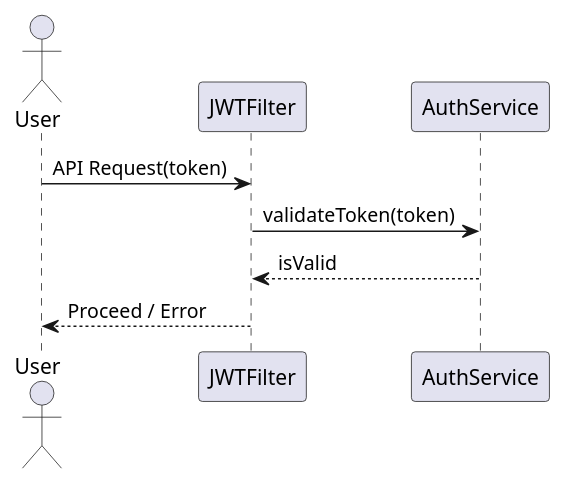
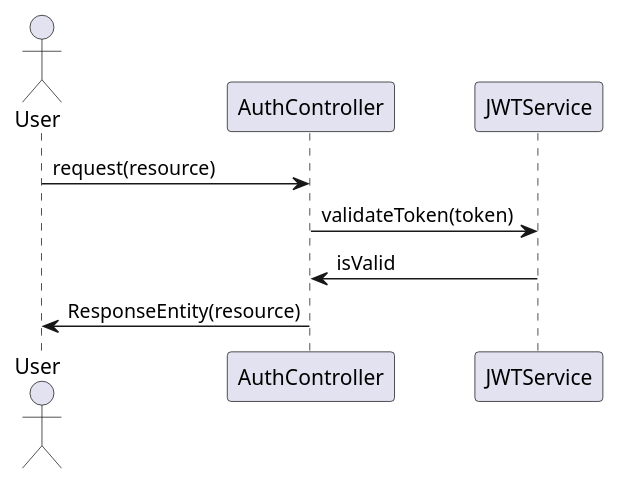
Before and after one commit to Dinesh-s95/AutoDoc.ai: the third of 4 diagrams in vehiclemanagement/documentation/detaileddesign.adoc, drawn with PlantUML. The commit also changed other lines of this file and 11 other files, not shown here.

```diff
--- a/vehiclemanagement/documentation/detaileddesign.adoc
+++ b/vehiclemanagement/documentation/detaileddesign.adoc
@@ -100,13 +94,13 @@
 [plantuml, jwt-validation-sequence, png]
 ----
 @startuml
 actor User
-participant "JWTFilter" as Filter
-participant "AuthService" as Service
+participant "AuthController" as AC
+participant "JWTService" as JS
 
-User -> Filter : API Request(token)
-Filter -> Service : validateToken(token)
-Service --> Filter : isValid
-Filter --> User : Proceed / Error
+User -> AC : request(resource)
+AC -> JS : validateToken(token)
+JS -> AC : isValid
+AC -> User : ResponseEntity(resource)
 @enduml
 ----
```
